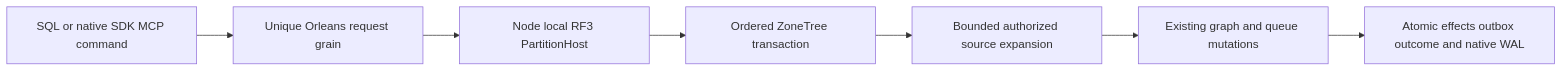
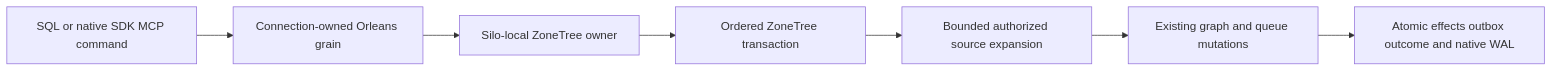
One commit to managedcode/KeyLoad changed the first of 2 diagrams in docs/ADR/ADR-067-composable-agent-database.md. Above: the diagram before and after it, drawn with Mermaid. The commit also changed other lines of this file and 7356 other files, not shown here.

First line of the commit message:
Replace custom consensus with native Orleans storage services

````diff
--- a/docs/ADR/ADR-067-composable-agent-database.md
+++ b/docs/ADR/ADR-067-composable-agent-database.md
@@ -24,9 +24,9 @@
 ```mermaid
 flowchart LR
-    SQL[SQL or native SDK MCP command] --> Actor[Unique Orleans request grain]
-    Actor --> Host[Node local RF3 PartitionHost]
+    SQL[SQL or native SDK MCP command] --> Actor[Connection-owned Orleans grain]
+    Actor --> Host[Silo-local ZoneTree owner]
     Host --> Tx[Ordered ZoneTree transaction]
     Tx --> Plan[Bounded authorized source expansion]
     Plan --> Effects[Existing graph and queue mutations]
     Effects --> Commit[Atomic effects outbox outcome and native WAL]
 ```
````
